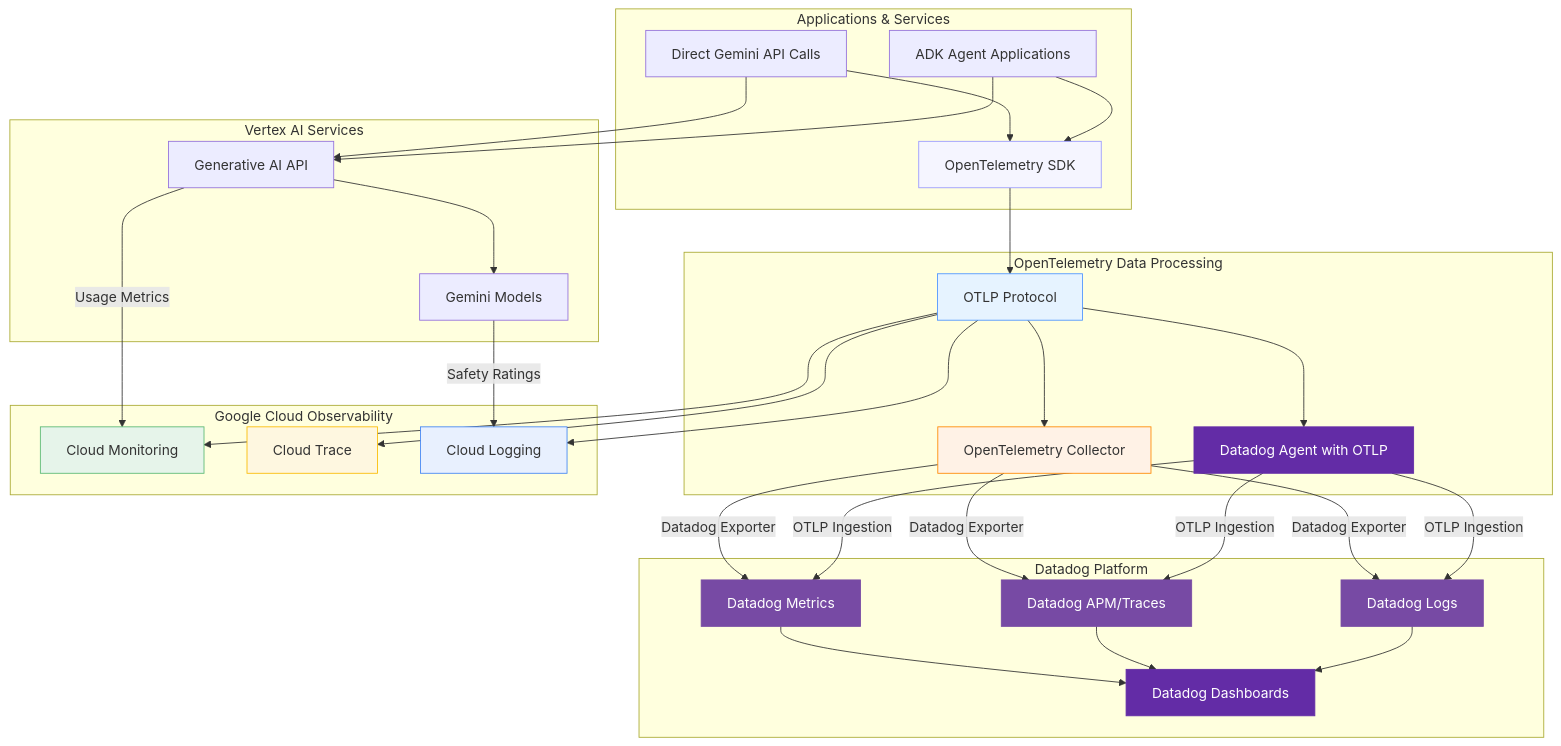
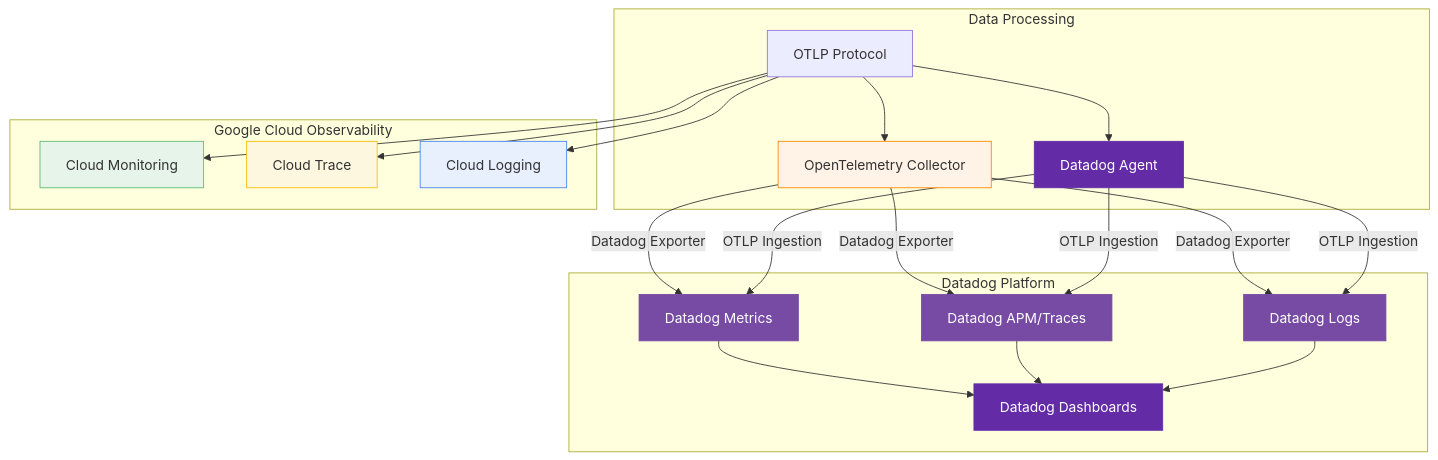
One commit to raphaelmansuy/tutorials changed the third of 3 diagrams in 31_observability_llm_adk_vertex.md. Above: the diagram before and after it, drawn with Mermaid. The commit also changed other lines of this file, not shown here.

Commit message:
Enhance observability guide by clarifying OpenTelemetry architecture and adding dual export diagrams for Datadog integration. Improve clarity on data flow and processing for multi-platform observability.

````diff
--- a/31_observability_llm_adk_vertex.md
+++ b/31_observability_llm_adk_vertex.md
@@ -154,79 +199,55 @@
 ```mermaid
 flowchart TB
-    subgraph "Applications & Services"
-        APP[Direct Gemini API Calls]
-        ADK[ADK Agent Applications]
-        OTEL[OpenTelemetry SDK]
-    end
-
-    subgraph "OpenTelemetry Data Processing"
+    subgraph "Data Processing"
         OTLP[OTLP Protocol]
         COLLECTOR[OpenTelemetry Collector]
-        DDAGENT[Datadog Agent with OTLP]
+        DDAGENT[Datadog Agent]
     end
 
     subgraph "Google Cloud Observability"
         GCM[Cloud Monitoring]
         GCT[Cloud Trace]
         GCL[Cloud Logging]
     end
 
     subgraph "Datadog Platform"
         DDM[Datadog Metrics]
         DDT[Datadog APM/Traces]
         DDL[Datadog Logs]
         DDD[Datadog Dashboards]
     end
 
-    subgraph "Vertex AI Services"
-        GENAI[Generative AI API]
-        MODEL[Gemini Models]
-    end
-
-    %% Application flows
-    APP --> GENAI
-    ADK --> GENAI
-    GENAI --> MODEL
-
-    %% OpenTelemetry instrumentation
-    APP --> OTEL
-    ADK --> OTEL
-    OTEL --> OTLP
-
-    %% Dual export paths
+    %% Direct Google Cloud export
     OTLP --> GCM
     OTLP --> GCT
     OTLP --> GCL
 
     %% Datadog export options
     OTLP --> COLLECTOR
     OTLP --> DDAGENT
+
+    %% Collector to Datadog
     COLLECTOR -->|Datadog Exporter| DDM
     COLLECTOR -->|Datadog Exporter| DDT
     COLLECTOR -->|Datadog Exporter| DDL
 
+    %% Agent to Datadog
     DDAGENT -->|OTLP Ingestion| DDM
     DDAGENT -->|OTLP Ingestion| DDT
     DDAGENT -->|OTLP Ingestion| DDL
 
-    %% Native Google Cloud metadata
-    GENAI -->|Usage Metrics| GCM
-    MODEL -->|Safety Ratings| GCL
-
-    %% Visualization and analysis
+    %% Datadog visualization
     DDM --> DDD
     DDT --> DDD
     DDL --> DDD
 
-    style OTEL fill:#f5f5ff,stroke:#9999ff
-    style OTLP fill:#e6f3ff,stroke:#4d94ff
     style COLLECTOR fill:#fff2e6,stroke:#ff8800
     style DDAGENT fill:#632ca6,stroke:#632ca6,color:#fff
     style GCM fill:#e6f4ea,stroke:#5bb974
     style GCT fill:#fef7e0,stroke:#fbbc04
     style GCL fill:#e8f0fe,stroke:#4285f4
     style DDM fill:#774aa4,stroke:#774aa4,color:#fff
     style DDT fill:#774aa4,stroke:#774aa4,color:#fff
     style DDL fill:#774aa4,stroke:#774aa4,color:#fff
     style DDD fill:#632ca6,stroke:#632ca6,color:#fff
 ```
````
